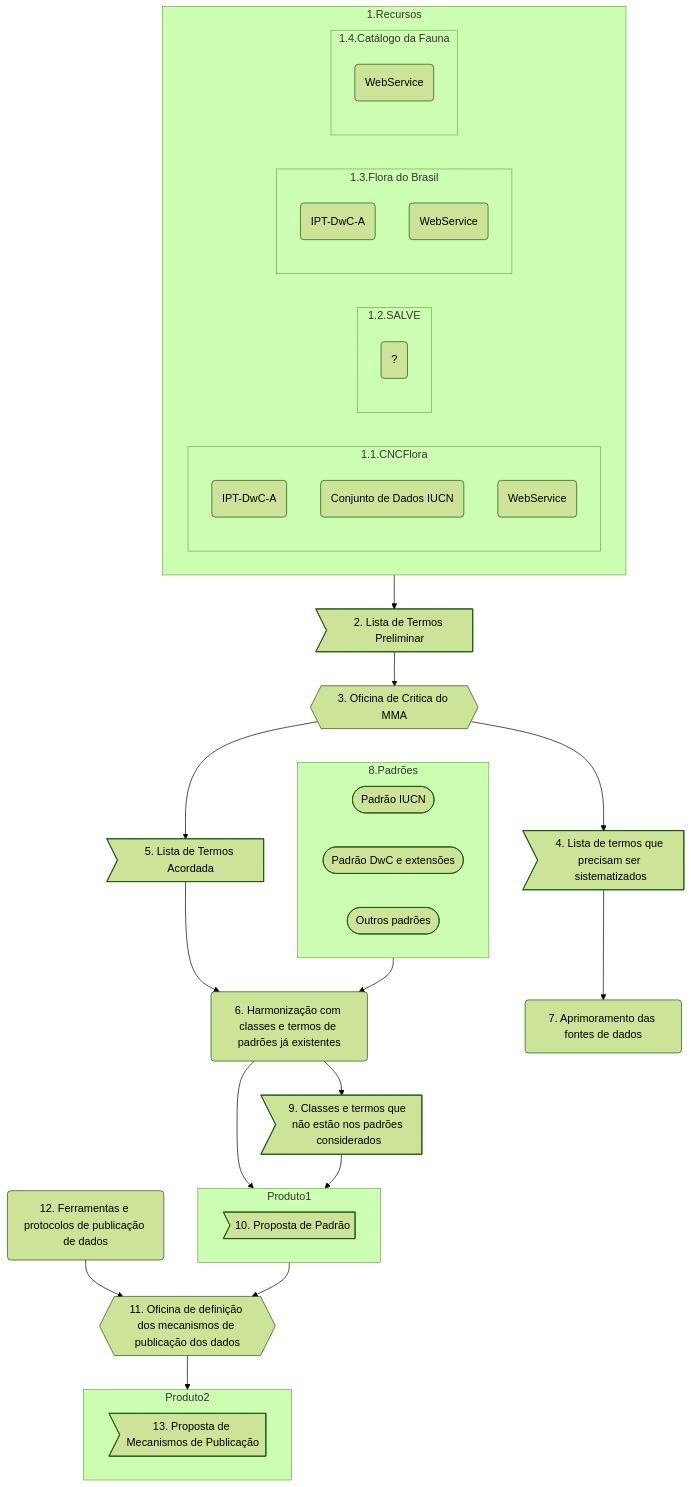
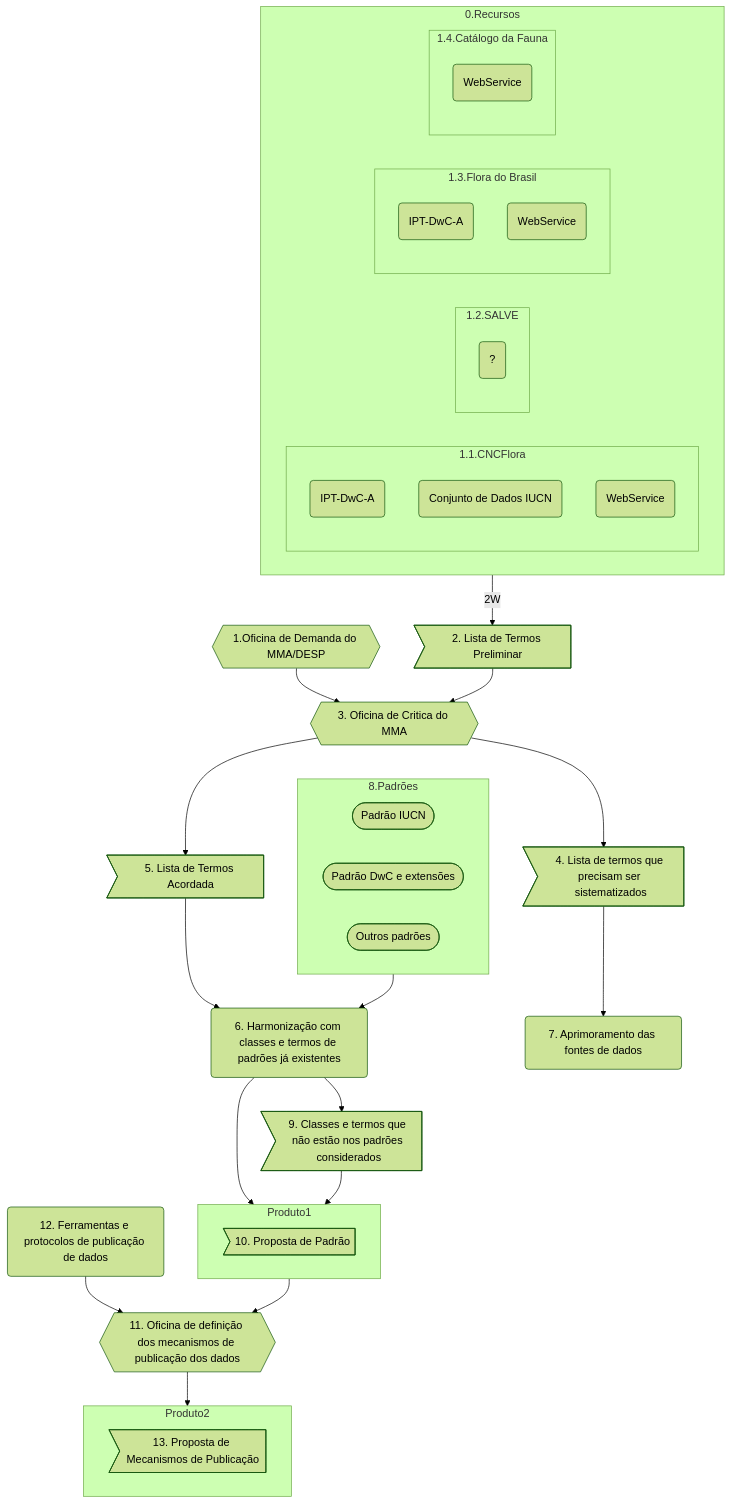
Before and after one commit to jlanna/MMA-Ameacadas: the first of 2 diagrams in readme/fluxograma/README.md, drawn with Mermaid (forest theme).

````diff
--- a/readme/fluxograma/README.md
+++ b/readme/fluxograma/README.md
@@ -5,74 +5,77 @@
 ```mermaid
 flowchart TB
     
     %% define os recursos existentes que precisam ter seus termos levantados e compilados
-    subgraph 1.Recursos
+    subgraph 0.Recursos
         direction RL    
         subgraph 1.1.CNCFlora
             direction TB
             rec1(IPT-DwC-A)
             rec2(Conjunto de Dados IUCN)
             rec3(WebService)
         end
         subgraph 1.2.SALVE
             direction TB
             rec4(?)
         end
         subgraph 1.3.Flora do Brasil
             direction TB
             rec5(IPT-DwC-A)
             rec6(WebService)
         end
         subgraph 1.4.Catálogo da Fauna
             direction TB
             rec8(WebService)
         end
      end
     
+    %% oficina de demanda do MMA
+    1{{1.Oficina de Demanda do MMA/DESP}} --> 3
+    
     %% geração do produto (2) 
-    1.Recursos --> 2>2. Lista de Termos Preliminar]
+    0.Recursos -- 2W --> 2>2. Lista de Termos Preliminar]
 
     %% produto (2) alimenta a oficina do MMA para critica aos termos existentes (3)
     2 --> 3{{3. Oficina de Critica do MMA}}
 
     %% a oficina (3) tem como resultado uma lista de termos acordada (5) e uma lista de termos que é demandada pelo MMA mas não está presente nos recursos (4)
     3 --> 4>4. Lista de termos que precisam ser sistematizados]
     3 --> 5>5. Lista de Termos Acordada]
 
     %% a lista de termos que é demandada mas não está presente nos recursos alimenta um o aprimoramento das fontes de dados (7)
     4 --> 7(7. Aprimoramento das fontes de dados)
     
     %% a lista de termos acordada na oficina (5) alimenta a ação de harmonização dos termos com os padrões existentes (8), na ação (6)
     5 --> 6(6. Harmonização com classes e termos de padrões já existentes)
 
     %% bloco dos padrões existentes (8)
     subgraph 8.Padrões
         direction RL
         G([Padrão IUCN])
         H([Padrão DwC e extensões])
         I([Outros padrões])
     end
     8.Padrões --> 6
 
     %% a ação de harmonização irá encontrar classes e termos demandados que não estão presentes em nenhum padrão, gerando a necessidade de sistematizar essas classes e termos em um relatório (9)
     6 --> 9>9. Classes e termos que não estão nos padrões considerados]
 
     %% o Produto1 é gerado pela compilação das classes e termos presentes nos padrões existentes e por um novo conjunto de classes e termos, não presentes nos padrões mas demandados pelo MMA
     subgraph Produto1
         10>10. Proposta de Padrão]
     end
     6 --> Produto1
     9 --> Produto1
 
     %% o Produto1 alimenta a oficina para definição dos mecanimos de publicação
     Produto1 --> 11{{11. Oficina de definição dos mecanismos de publicação dos dados}}
 
     %% ferramentas e protocolos de publicação de dados também alimenta a oficina 11
     12(12. Ferramentas e protocolos de publicação de dados) --> 11
 
     %% a oficina 12 gera a proposta de mecanismos de publicação
     subgraph Produto2
         13>13. Proposta de Mecanismos de Publicação]
     end
     11 --> Produto2
 ```
````
